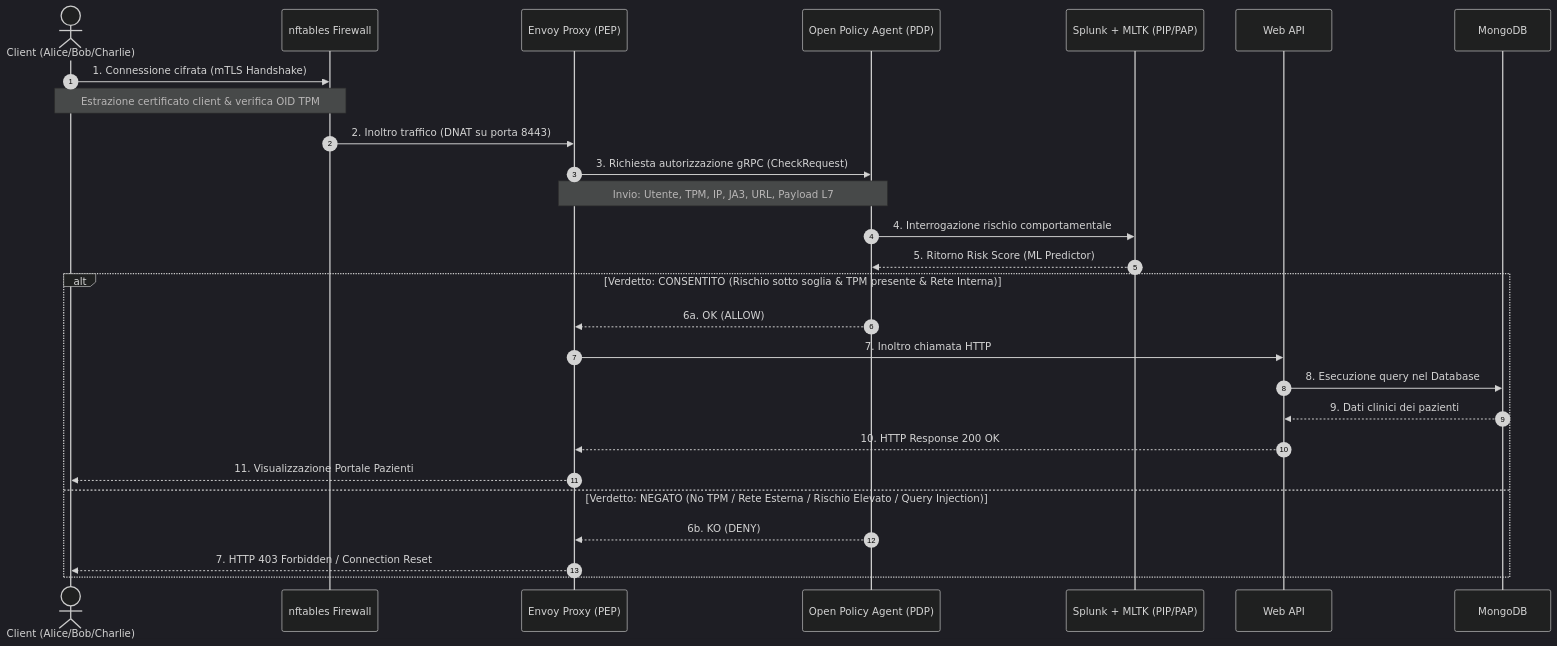
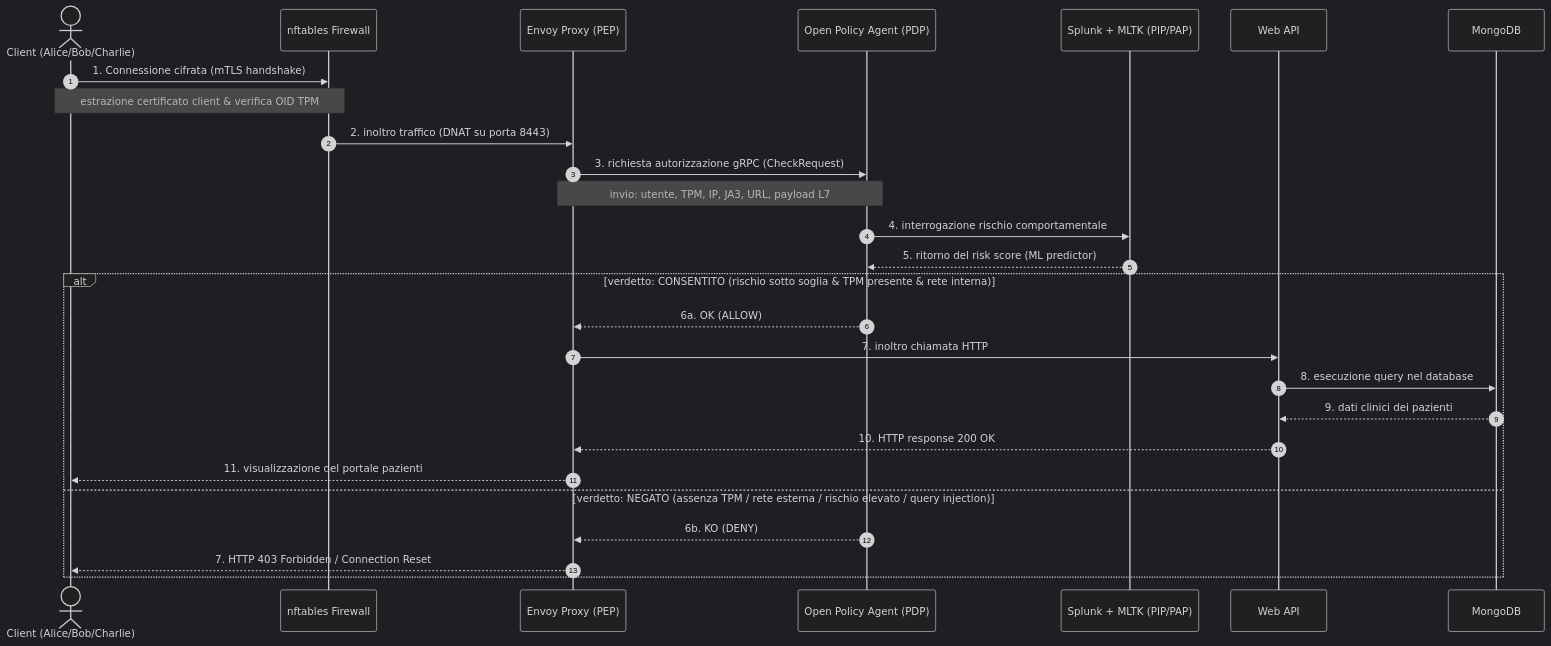
The second of 2 diagrams in README.md (ndreeeee/Advanced-Cybersecurity-for-IT-Project), drawn with Mermaid (dark theme) before and after one commit. The commit also changed other lines of this file, not shown here.

````diff
--- a/README.md
+++ b/README.md
@@ -124,31 +131,31 @@
 ```mermaid
 sequenceDiagram
     autonumber
     actor Client as Client (Alice/Bob/Charlie)
     participant FW as nftables Firewall
     participant PEP as Envoy Proxy (PEP)
     participant PDP as Open Policy Agent (PDP)
     participant SIEM as Splunk + MLTK (PIP/PAP)
     participant API as Web API
     participant DB as MongoDB
 
-    Client->>FW: 1. Connessione cifrata (mTLS Handshake)
-    Note over Client,FW: Estrazione certificato client & verifica OID TPM
-    FW->>PEP: 2. Inoltro traffico (DNAT su porta 8443)
-    PEP->>PDP: 3. Richiesta autorizzazione gRPC (CheckRequest)
-    Note over PEP,PDP: Invio: Utente, TPM, IP, JA3, URL, Payload L7
-    PDP->>SIEM: 4. Interrogazione rischio comportamentale
-    SIEM-->>PDP: 5. Ritorno Risk Score (ML Predictor)
+    Client->>FW: 1. Connessione cifrata (mTLS handshake)
+    Note over Client,FW: estrazione certificato client & verifica OID TPM
+    FW->>PEP: 2. inoltro traffico (DNAT su porta 8443)
+    PEP->>PDP: 3. richiesta autorizzazione gRPC (CheckRequest)
+    Note over PEP,PDP: invio: utente, TPM, IP, JA3, URL, payload L7
+    PDP->>SIEM: 4. interrogazione rischio comportamentale
+    SIEM-->>PDP: 5. ritorno del risk score (ML predictor)
     
-    alt Verdetto: CONSENTITO (Rischio sotto soglia & TPM presente & Rete Interna)
+    alt verdetto: CONSENTITO (rischio sotto soglia & TPM presente & rete interna)
         PDP-->>PEP: 6a. OK (ALLOW)
-        PEP->>API: 7. Inoltro chiamata HTTP
-        API->>DB: 8. Esecuzione query nel Database
-        DB-->>API: 9. Dati clinici dei pazienti
-        API-->>PEP: 10. HTTP Response 200 OK
-        PEP-->>Client: 11. Visualizzazione Portale Pazienti
-    else Verdetto: NEGATO (No TPM / Rete Esterna / Rischio Elevato / Query Injection)
+        PEP->>API: 7. inoltro chiamata HTTP
+        API->>DB: 8. esecuzione query nel database
+        DB-->>API: 9. dati clinici dei pazienti
+        API-->>PEP: 10. HTTP response 200 OK
+        PEP-->>Client: 11. visualizzazione del portale pazienti
+    else verdetto: NEGATO (assenza TPM / rete esterna / rischio elevato / query injection)
         PDP-->>PEP: 6b. KO (DENY)
         PEP-->>Client: 7. HTTP 403 Forbidden / Connection Reset
     end
 ```
````
